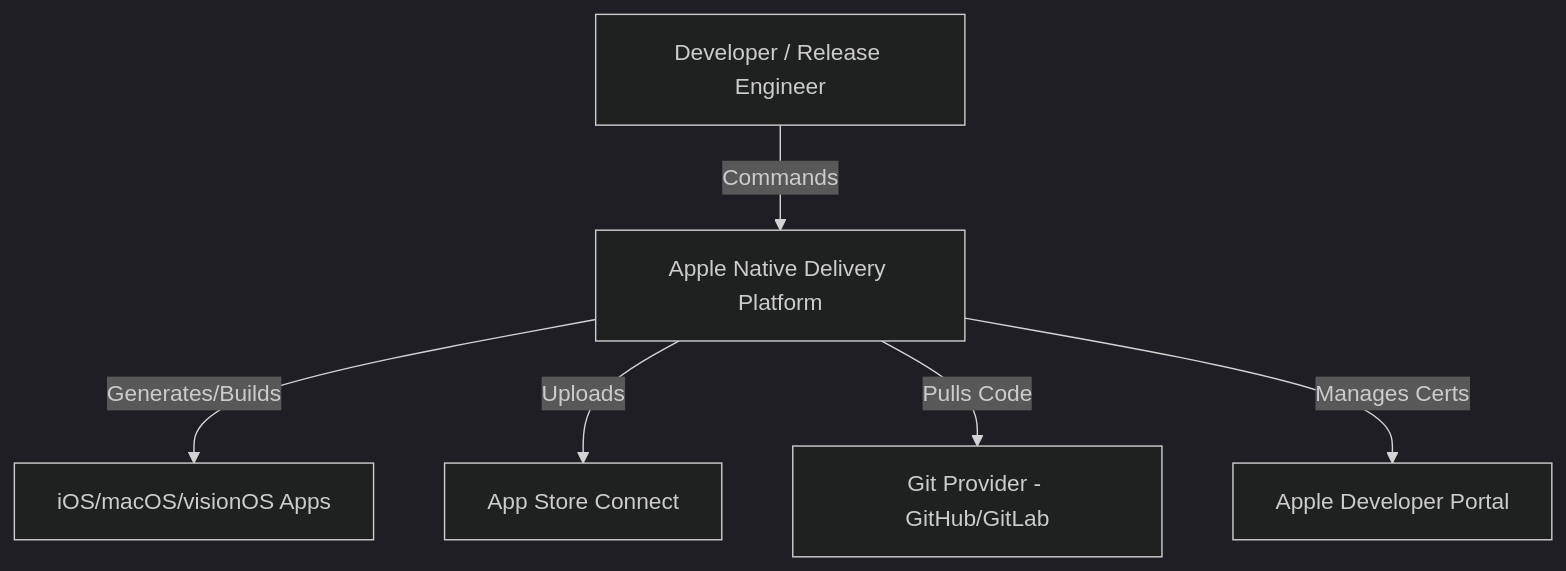
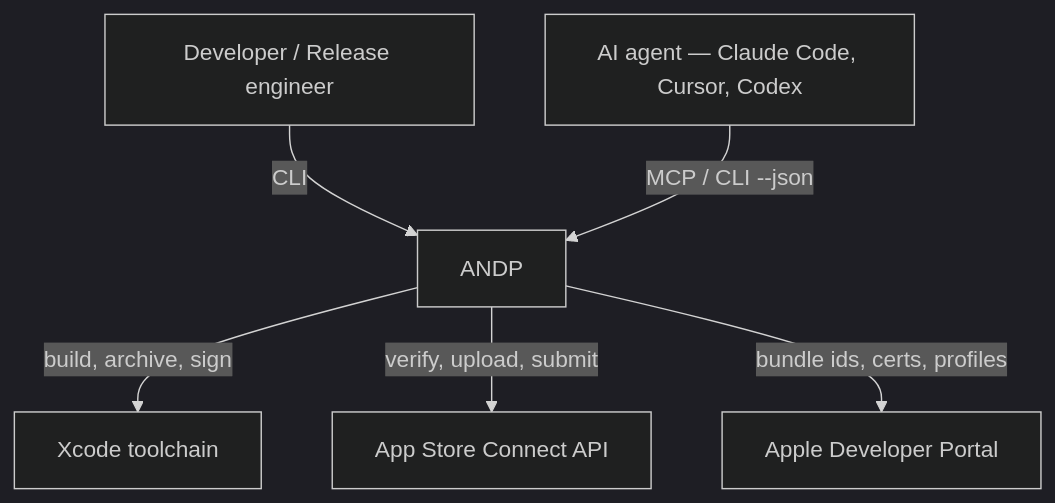
The first of 7 diagrams in Documentation/Architecture/Diagrams.md (isopen-io/andp), drawn with Mermaid (dark theme) before and after one commit. The commit also changed other lines of this file and 17 other files, not shown here.

````diff
--- a/Documentation/Architecture/Diagrams.md
+++ b/Documentation/Architecture/Diagrams.md
@@ -4,14 +5,15 @@
 ```mermaid
 graph TD
-    User[Developer / Release Engineer]
-    ANDP[Apple Native Delivery Platform]
-    ASC[App Store Connect]
-    Git[Git Provider - GitHub/GitLab]
-    AppleDev[Apple Developer Portal]
+    Dev[Developer / Release engineer]
+    Agent[AI agent — Claude Code, Cursor, Codex]
+    ANDP[ANDP]
+    ASC[App Store Connect API]
+    Portal[Apple Developer Portal]
+    Xcode[Xcode toolchain]
 
-    User -->|Commands| ANDP
-    ANDP -->|Generates/Builds| Apps[iOS/macOS/visionOS Apps]
-    ANDP -->|Uploads| ASC
-    ANDP -->|Pulls Code| Git
-    ANDP -->|Manages Certs| AppleDev
+    Dev -->|CLI| ANDP
+    Agent -->|MCP / CLI --json| ANDP
+    ANDP -->|build, archive, sign| Xcode
+    ANDP -->|verify, upload, submit| ASC
+    ANDP -->|bundle ids, certs, profiles| Portal
 ```
````
